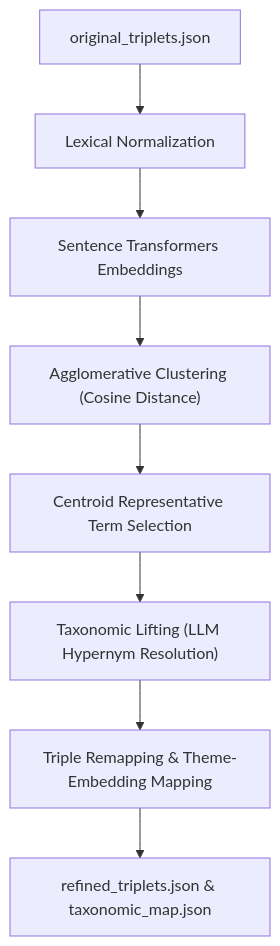
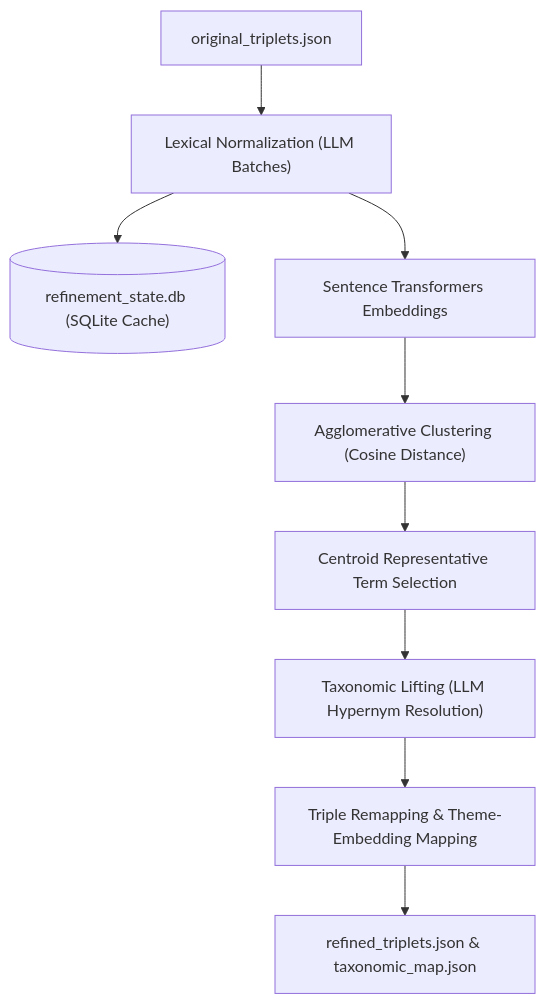
Before and after one commit to childmindresearch/SemanticPrism: the first of 4 diagrams in README.md, drawn with Mermaid. The commit also changed other lines of this file and 7 other files, not shown here.

````diff
--- a/README.md
+++ b/README.md
@@ -41,10 +51,11 @@
 ```mermaid
 graph TD
-    RawTriplets["original_triplets.json"] --> LexicalNorm["Lexical Normalization"]
+    RawTriplets["original_triplets.json"] --> LexicalNorm["Lexical Normalization (LLM Batches)"]
+    LexicalNorm --> CacheDB[("refinement_state.db (SQLite Cache)")]
     LexicalNorm --> Embeddings["Sentence Transformers Embeddings"]
     Embeddings --> CosineClust["Agglomerative Clustering (Cosine Distance)"]
     CosineClust --> CentroidResolv["Centroid Representative Term Selection"]
     CentroidResolv --> TaxoLifting["Taxonomic Lifting (LLM Hypernym Resolution)"]
     TaxoLifting --> Remap["Triple Remapping & Theme-Embedding Mapping"]
     Remap --> RefinedOut["refined_triplets.json & taxonomic_map.json"]
 ```
````
